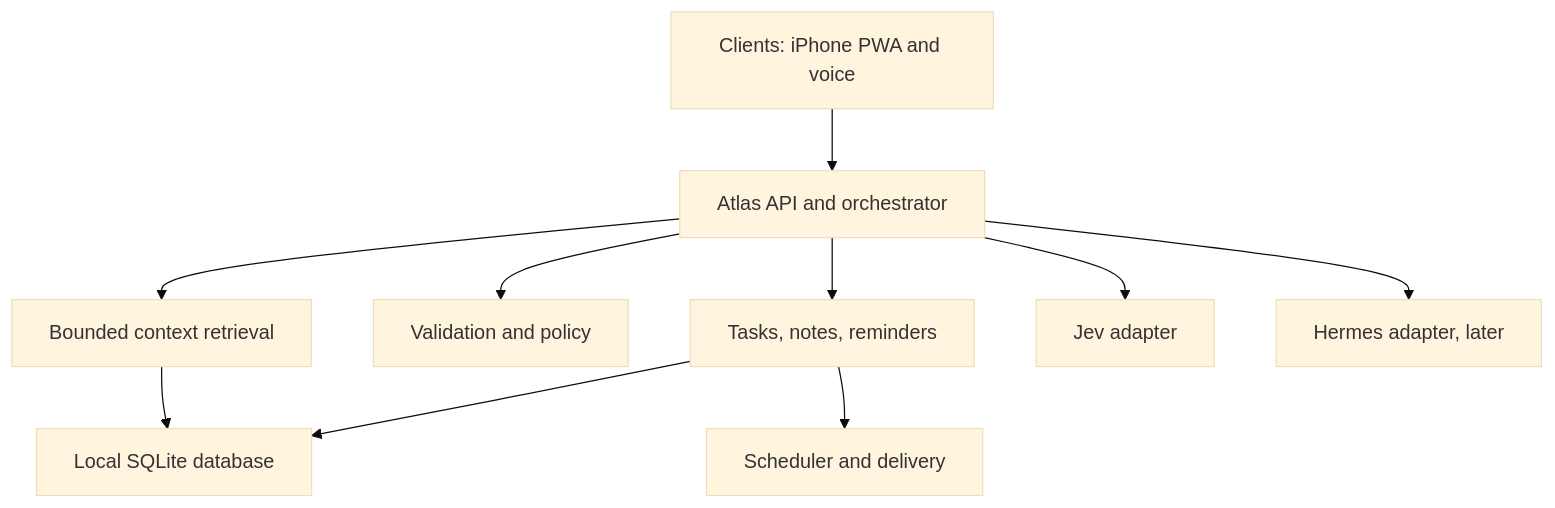
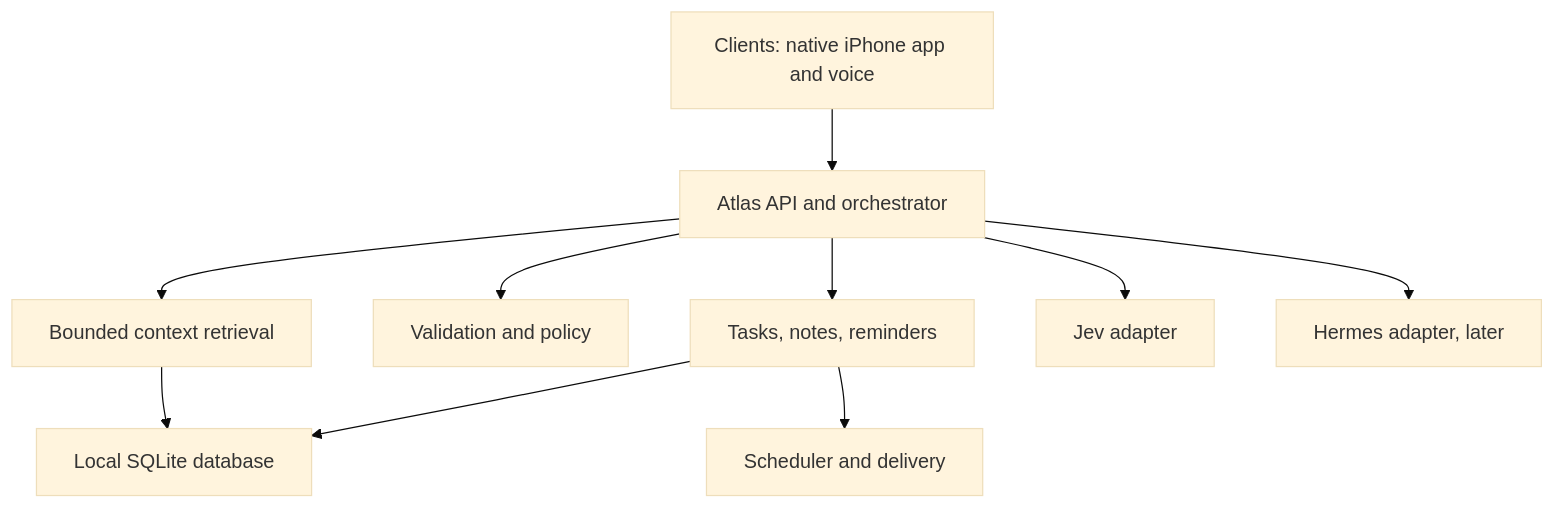
Before and after one commit to udbhavbalaji/Atlas: the first of 2 diagrams in README.md, drawn with Mermaid (base theme). The commit also changed other lines of this file and 17 other files, not shown here.

Commit message:
Add native iPhone conversation client

````diff
--- a/README.md
+++ b/README.md
@@ -107,12 +107,12 @@
 ```mermaid
 flowchart TD
-    UI["Clients: iPhone PWA and voice"] --> API["Atlas API and orchestrator"]
+    UI["Clients: native iPhone app and voice"] --> API["Atlas API and orchestrator"]
     API --> CTX["Bounded context retrieval"]
     API --> POLICY["Validation and policy"]
     API --> SVC["Tasks, notes, reminders"]
     CTX --> DB["Local SQLite database"]
     SVC --> DB
     API --> MODEL["Jev adapter"]
     API --> AGENT["Hermes adapter, later"]
     SVC --> WORKER["Scheduler and delivery"]
 ```
````
